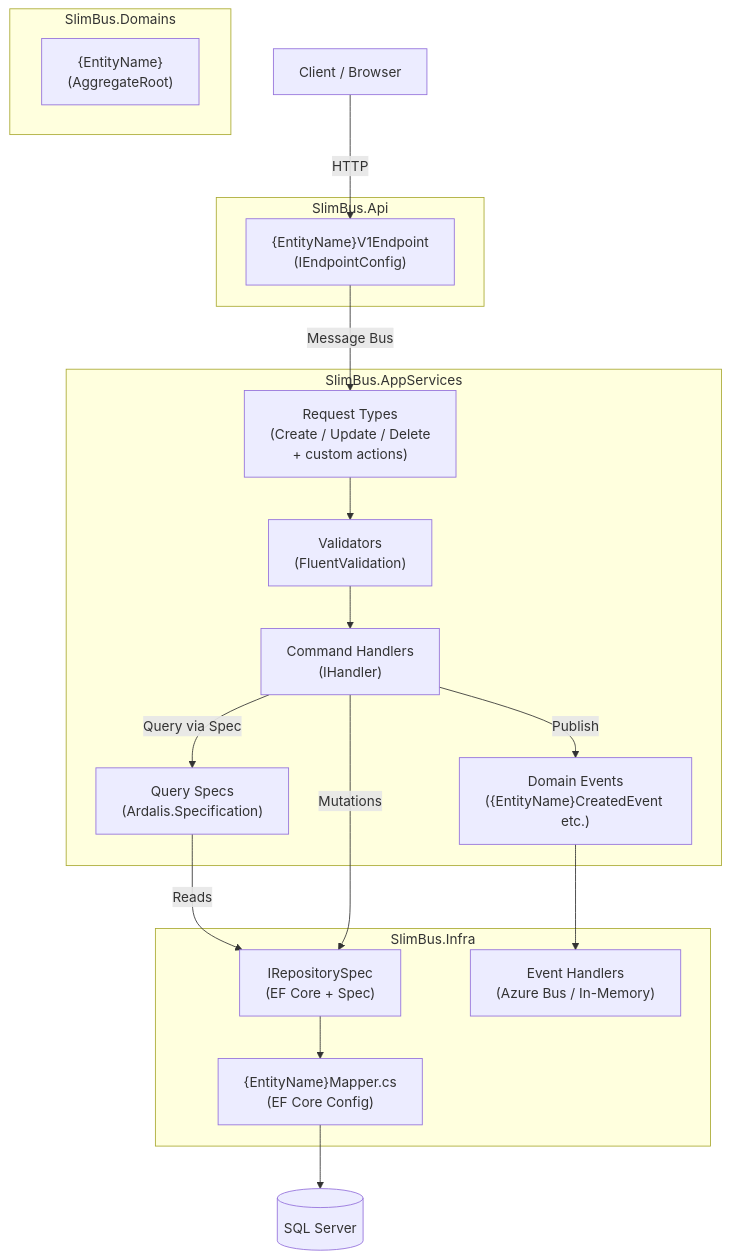
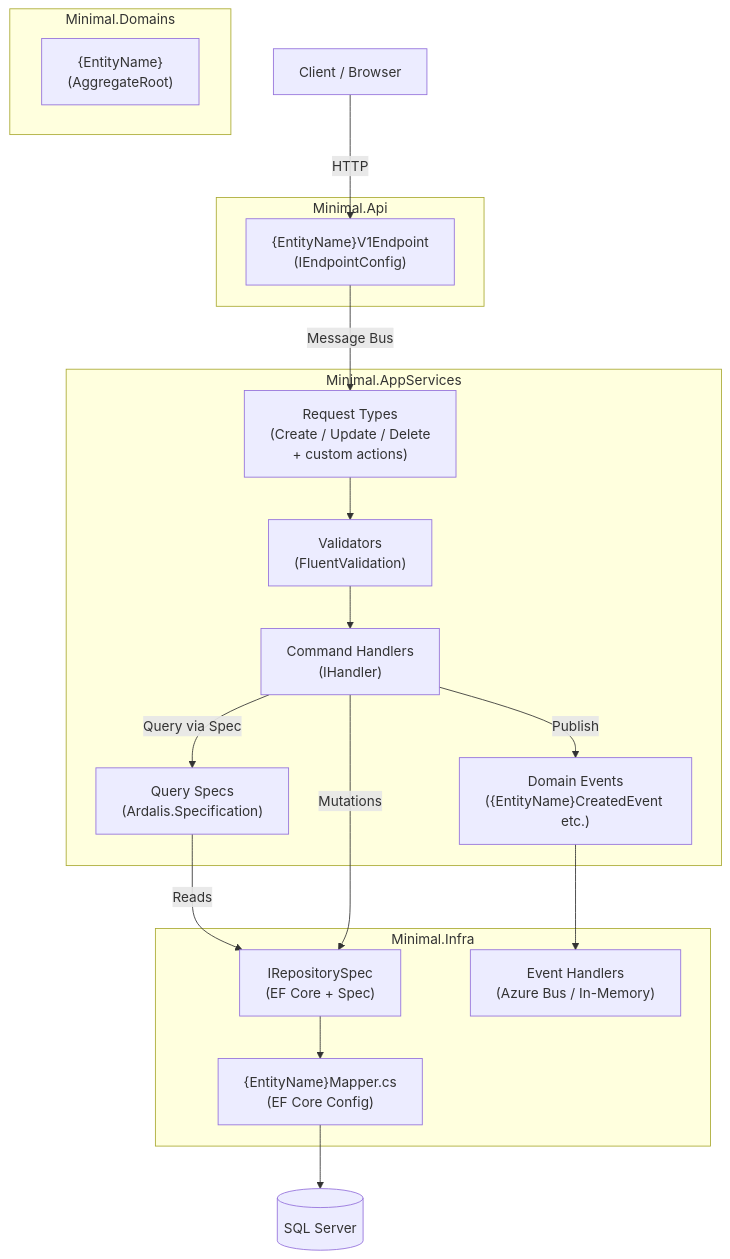
Before and after one commit to baoduy/DKNet.Templates: the first of 5 diagrams in .github/skills/feature-documentation/templates/architecture-template.md, drawn with Mermaid. The commit also changed other lines of this file and 53 other files, not shown here.

````diff
--- a/.github/skills/feature-documentation/templates/architecture-template.md
+++ b/.github/skills/feature-documentation/templates/architecture-template.md
@@ -8,40 +8,40 @@
 ```mermaid
 graph TD
     Client["Client / Browser"]
 
-    subgraph API["SlimBus.Api"]
+    subgraph API["Minimal.Api"]
         EP["{EntityName}V1Endpoint\n(IEndpointConfig)"]
     end
 
-    subgraph AppServices["SlimBus.AppServices"]
+    subgraph AppServices["Minimal.AppServices"]
         REQ["Request Types\n(Create / Update / Delete\n+ custom actions)"]
         VAL["Validators\n(FluentValidation)"]
         HDL["Command Handlers\n(IHandler)"]
         SPEC["Query Specs\n(Ardalis.Specification)"]
         EVT["Domain Events\n({EntityName}CreatedEvent etc.)"]
     end
 
-    subgraph Domains["SlimBus.Domains"]
+    subgraph Domains["Minimal.Domains"]
         ENT["{EntityName}\n(AggregateRoot)"]
     end
 
-    subgraph Infra["SlimBus.Infra"]
+    subgraph Infra["Minimal.Infra"]
         MAP["{EntityName}Mapper.cs\n(EF Core Config)"]
         REPO["IRepositorySpec\n(EF Core + Spec)"]
         EVH["Event Handlers\n(Azure Bus / In-Memory)"]
     end
 
     DB[("SQL Server")]
 
     Client -->|HTTP| EP
     EP -->|Message Bus| REQ
     REQ --> VAL
     VAL --> HDL
     HDL -->|Query via Spec| SPEC
     SPEC -->|Reads| REPO
     HDL -->|Mutations| REPO
     HDL -->|Publish| EVT
     REPO --> MAP
     MAP --> DB
     EVT --> EVH
 ```
````
